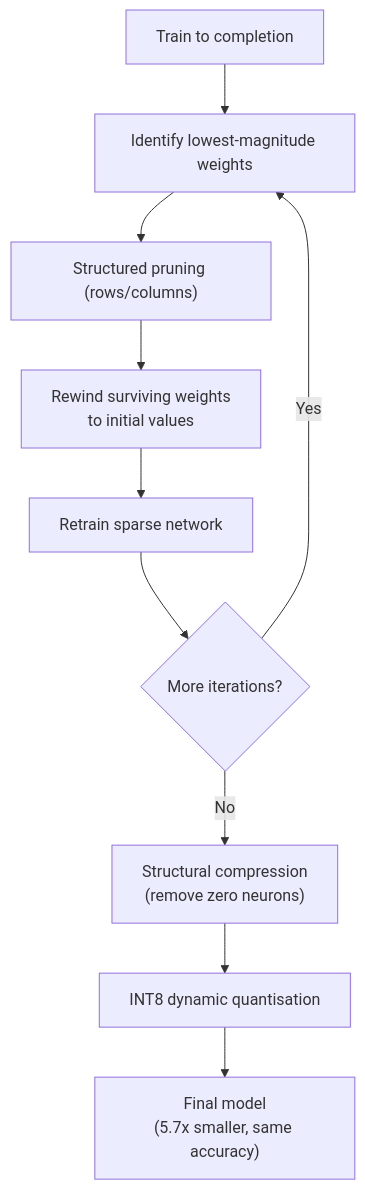
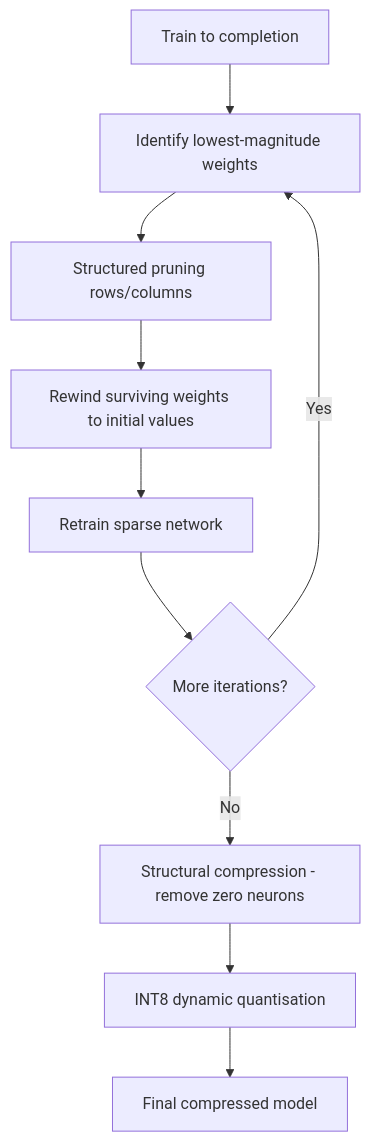
The third of 3 diagrams in README.md (MaTichy/Rational_Activations_and_Compression_in_Visual_Transformer_Models), drawn with Mermaid before and after one commit. The commit also changed other lines of this file and 3 other files, not shown here.

First line of the commit message:
Update experiment to 20 epochs, fix mermaid diagrams, add compression metrics

````diff
--- a/README.md
+++ b/README.md
@@ -98,12 +109,12 @@
 ```mermaid
 flowchart TD
     A["Train to completion"] --> B["Identify lowest-magnitude weights"]
-    B --> C["Structured pruning (rows/columns)"]
-    C --> D["Rewind surviving weights\nto initial values"]
+    B --> C["Structured pruning rows/columns"]
+    C --> D["Rewind surviving weights to initial values"]
     D --> E["Retrain sparse network"]
-    E --> F{More iterations?}
+    E --> F{"More iterations?"}
     F -->|Yes| B
-    F -->|No| G["Structural compression\n(remove zero neurons)"]
+    F -->|No| G["Structural compression - remove zero neurons"]
     G --> H["INT8 dynamic quantisation"]
-    H --> I["Final model\n(5.7x smaller, same accuracy)"]
+    H --> I["Final compressed model"]
 ```
````
